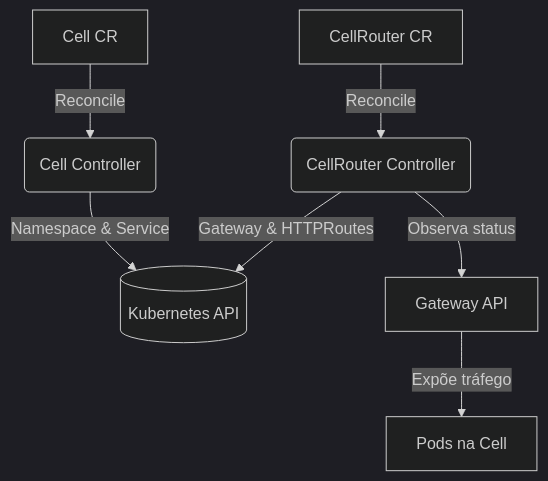
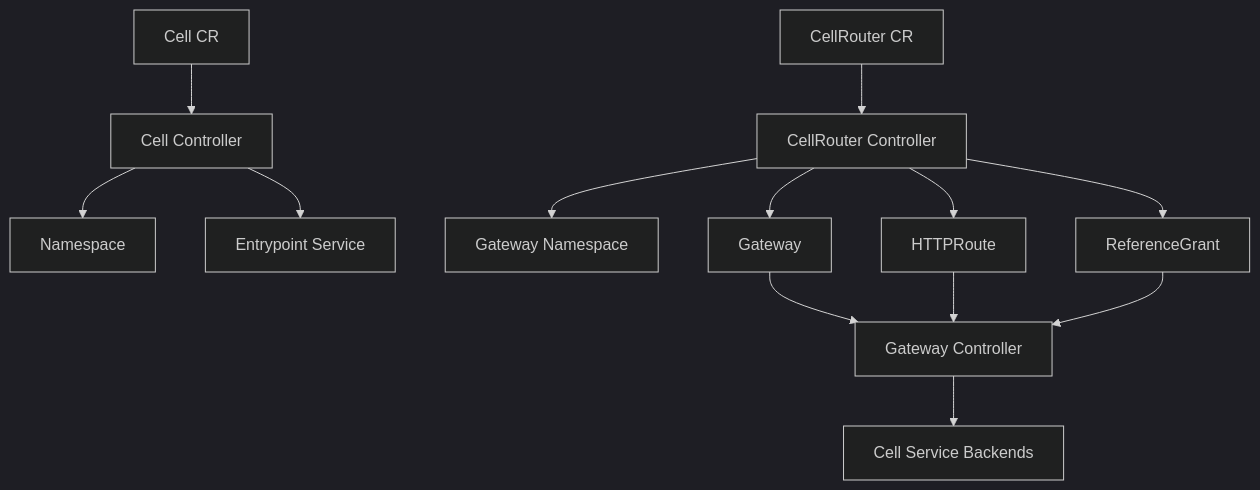
One commit to robisson/cell-router-operator changed the diagram in README.md. Above: the diagram before and after it, drawn with Mermaid (dark theme). The commit also changed other lines of this file and 17 other files, not shown here.

````diff
--- a/README.md
+++ b/README.md
@@ -12,9 +24,17 @@
 ```mermaid
 graph TD
-    A[Cell CR] -->|Reconcile| B(Cell Controller)
-    B -->|Namespace & Service| C[(Kubernetes API)]
-    D[CellRouter CR] -->|Reconcile| E(CellRouter Controller)
-    E -->|Gateway & HTTPRoutes| C
-    E -->|Observa status| F[Gateway API]
-    F -->|Expõe tráfego| G[Pods na Cell]
+    A[Cell CR] --> B[Cell Controller]
+    B --> C[Namespace]
+    B --> D[Entrypoint Service]
+
+    E[CellRouter CR] --> F[CellRouter Controller]
+    F --> G[Gateway Namespace]
+    F --> H[Gateway]
+    F --> I[HTTPRoute]
+    F --> J[ReferenceGrant]
+
+    H --> K[Gateway Controller]
+    I --> K
+    J --> K
+    K --> L[Cell Service Backends]
 ```
````
